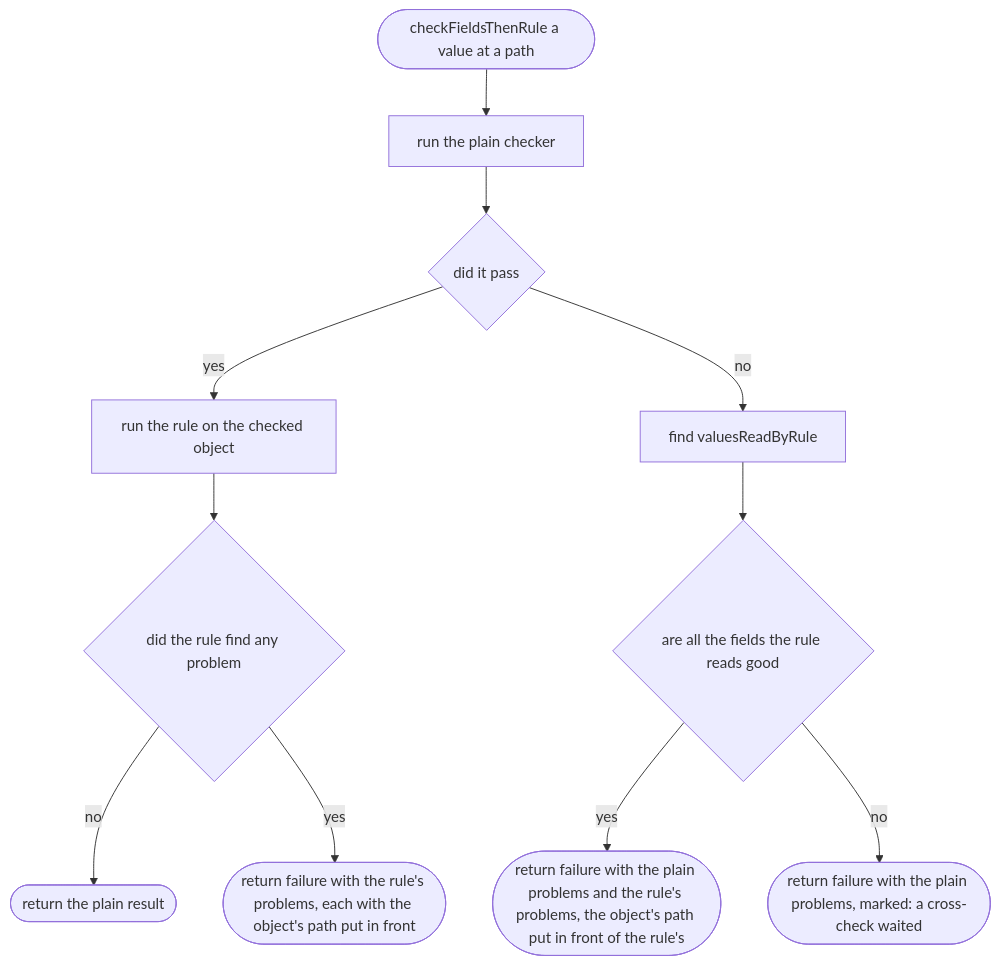
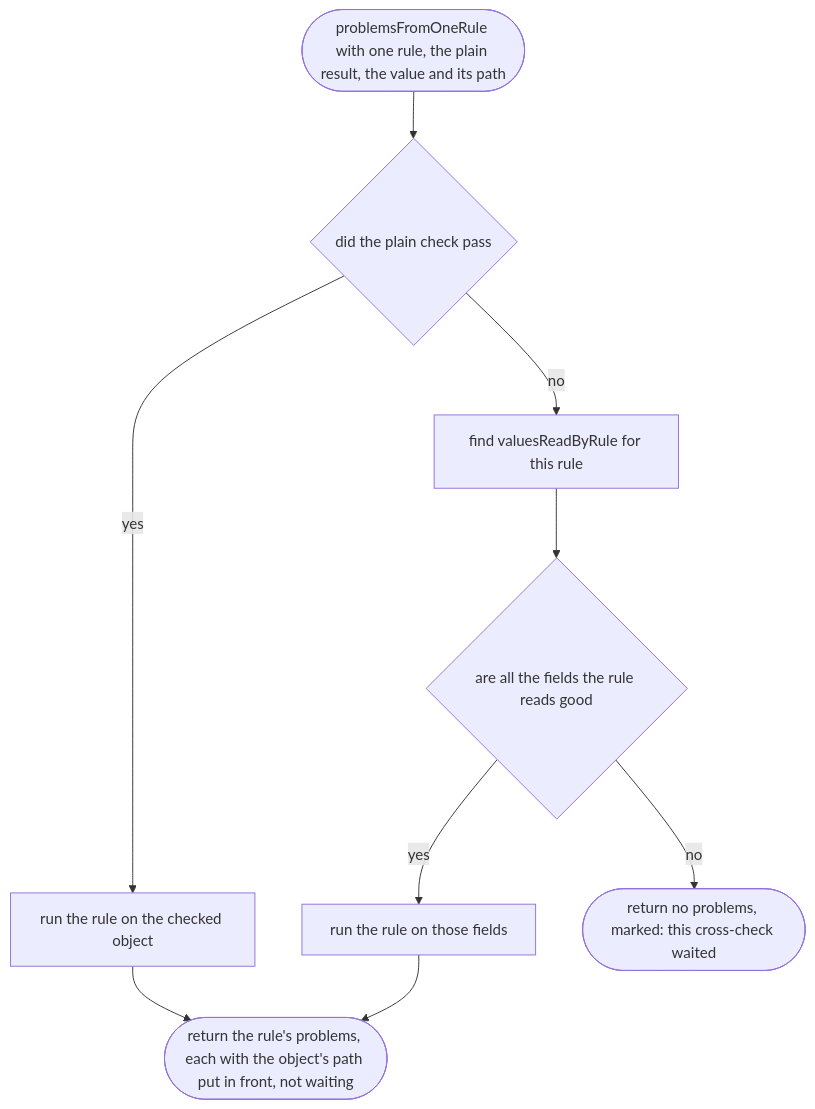
One commit to NewDara-Star/world-engine changed diagram 35 of 38 in docs/designs/src/place/parse.md. Above: the diagram before and after it, drawn with Mermaid. The commit also changed other lines of this file and 10 other files, not shown here.

````diff
--- a/docs/designs/src/place/parse.md
+++ b/docs/designs/src/place/parse.md
@@ -510,24 +537,19 @@
 ```mermaid
 flowchart TD
-  s(["checkFieldsThenRule a value at a path"])
-  a["run the plain checker"]
-  b{"did it pass"}
-  c["run the rule on the checked object"]
-  d{"did the rule find any problem"}
-  e(["return the plain result"])
-  f(["return failure with the rule's problems, each with the object's path put in front"])
-  g["find valuesReadByRule"]
-  h{"are all the fields the rule reads good"}
-  i(["return failure with the plain problems and the rule's problems, the object's path put in front of the rule's"])
-  j(["return failure with the plain problems, marked: a cross-check waited"])
+  s(["problemsFromOneRule with one rule, the plain result, the value and its path"])
+  a{"did the plain check pass"}
+  b["run the rule on the checked object"]
+  c["find valuesReadByRule for this rule"]
+  d{"are all the fields the rule reads good"}
+  e["run the rule on those fields"]
+  f(["return no problems, marked: this cross-check waited"])
+  g(["return the rule's problems, each with the object's path put in front, not waiting"])
   s --> a
-  a --> b
-  b -->|"yes"| c
+  a -->|"yes"| b
+  a -->|"no"| c
   c --> d
-  d -->|"no"| e
-  d -->|"yes"| f
-  b -->|"no"| g
-  g --> h
-  h -->|"yes"| i
-  h -->|"no"| j
+  d -->|"yes"| e
+  d -->|"no"| f
+  b --> g
+  e --> g
 ```
````
